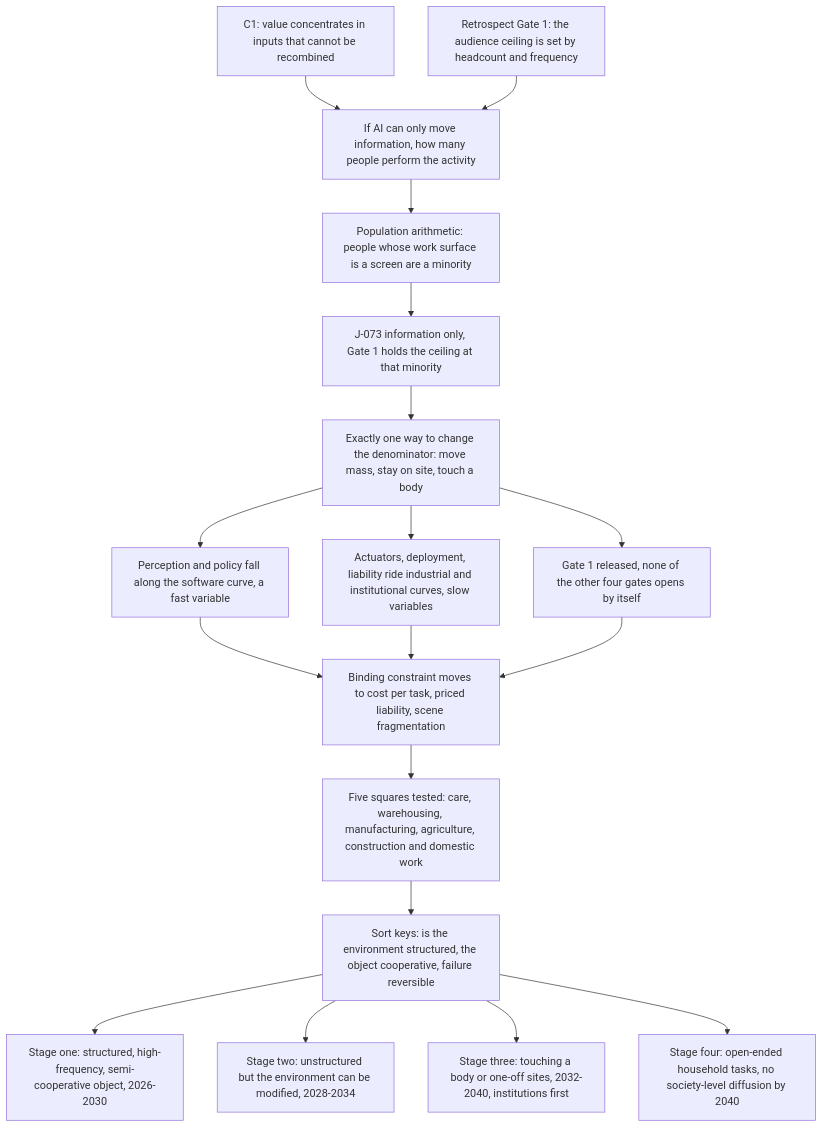
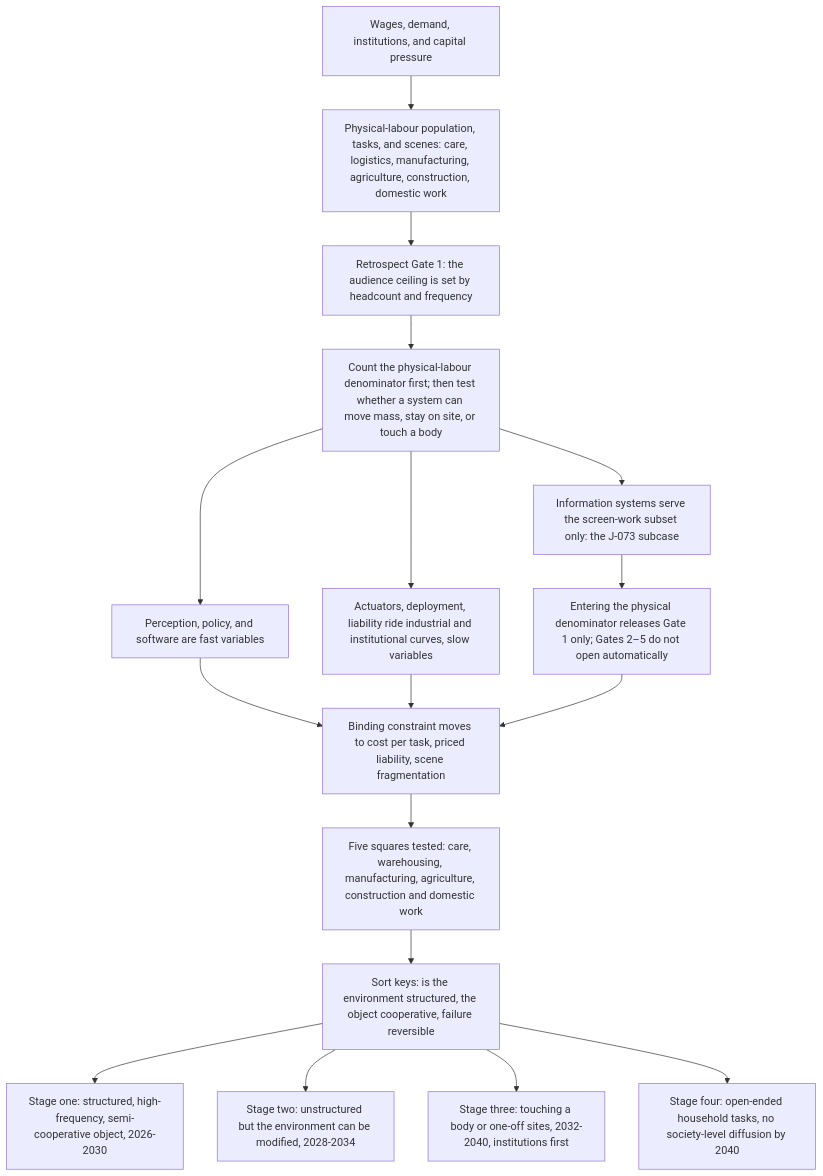
One commit to SenZhangAI/foresight-by-ai changed the first of 2 diagrams in docs/en/chains/40-embodied-intelligence.md. Above: the diagram before and after it, drawn with Mermaid. The commit also changed other lines of this file and 16 other files, not shown here.

````diff
--- a/docs/en/chains/40-embodied-intelligence.md
+++ b/docs/en/chains/40-embodied-intelligence.md
@@ -58,20 +60,19 @@
 ```mermaid
 flowchart TD
-  GEN["C1: value concentrates in inputs that cannot be recombined"] --> ASK["If AI can only move information, how many people perform the activity"]
-  GATE1["Retrospect Gate 1: the audience ceiling is set by headcount and frequency"] --> ASK
-  ASK --> POP["Population arithmetic: people whose work surface is a screen are a minority"]
-  POP --> CEIL["J-073 information only, Gate 1 holds the ceiling at that minority"]
-  CEIL --> DENOM["Exactly one way to change the denominator: move mass, stay on site, touch a body"]
-  DENOM --> GATES["Gate 1 released, none of the other four gates opens by itself"]
-  DENOM --> FAST["Perception and policy fall along the software curve, a fast variable"]
+  LABOR["Physical-labour population, tasks, and scenes: care, logistics, manufacturing, agriculture, construction, domestic work"] --> GATE1["Retrospect Gate 1: the audience ceiling is set by headcount and frequency"]
+  PRESS["Wages, demand, institutions, and capital pressure"] --> LABOR
+  GATE1 --> DENOM["Count the physical-labour denominator first; then test whether a system can move mass, stay on site, or touch a body"]
+  DENOM --> INFO["Information systems serve the screen-work subset only: the J-073 subcase"]
+  INFO --> GATES["Entering the physical denominator releases Gate 1 only; Gates 2–5 do not open automatically"]
+  DENOM --> FAST["Perception, policy, and software are fast variables"]
   DENOM --> SLOW["Actuators, deployment, liability ride industrial and institutional curves, slow variables"]
   FAST --> BIND["Binding constraint moves to cost per task, priced liability, scene fragmentation"]
   SLOW --> BIND
   GATES --> BIND
   BIND --> SCENES["Five squares tested: care, warehousing, manufacturing, agriculture, construction and domestic work"]
   SCENES --> KEYS["Sort keys: is the environment structured, the object cooperative, failure reversible"]
   KEYS --> ST1["Stage one: structured, high-frequency, semi-cooperative object, 2026-2030"]
   KEYS --> ST2["Stage two: unstructured but the environment can be modified, 2028-2034"]
   KEYS --> ST3["Stage three: touching a body or one-off sites, 2032-2040, institutions first"]
   KEYS --> ST4["Stage four: open-ended household tasks, no society-level diffusion by 2040"]
 ```
````
